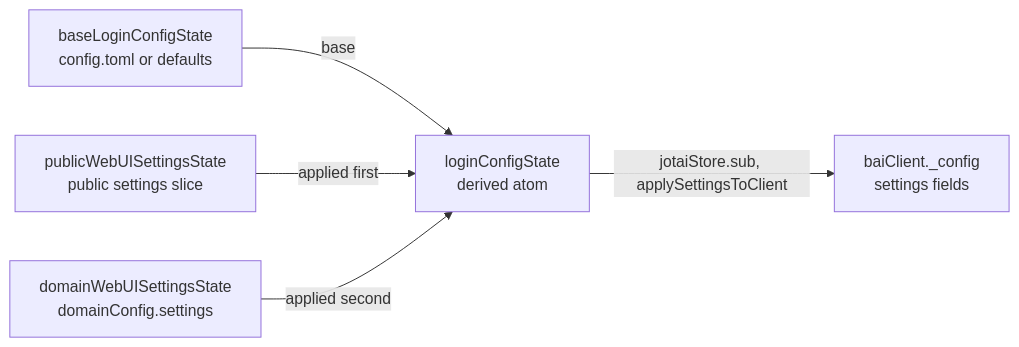
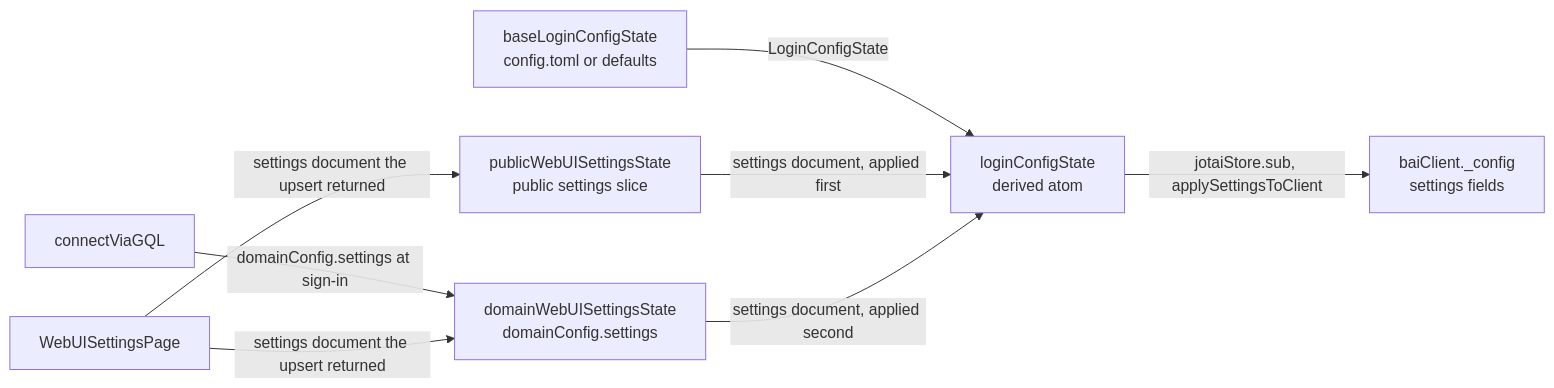
Before and after one commit to lablup/backend.ai-webui: the second of 2 diagrams in docs/adr/0033-scoped-and-merged-app-config-hooks.md, drawn with Mermaid. The commit also changed other lines of this file and 5 other files, not shown here.

````diff
--- a/docs/adr/0033-scoped-and-merged-app-config-hooks.md
+++ b/docs/adr/0033-scoped-and-merged-app-config-hooks.md
@@ -43,12 +47,17 @@
 ```mermaid
 flowchart LR
+  sign["connectViaGQL"]
+  page["WebUISettingsPage"]
   base["baseLoginConfigState<br/>config.toml or defaults"]
   pub["publicWebUISettingsState<br/>public settings slice"]
   dom["domainWebUISettingsState<br/>domainConfig.settings"]
   eff["loginConfigState<br/>derived atom"]
   client["baiClient._config<br/>settings fields"]
-  base -- "base" --> eff
-  pub -- "applied first" --> eff
-  dom -- "applied second" --> eff
+  sign -- "domainConfig.settings at sign-in" --> dom
+  page -- "settings document the upsert returned" --> pub
+  page -- "settings document the upsert returned" --> dom
+  base -- "LoginConfigState" --> eff
+  pub -- "settings document, applied first" --> eff
+  dom -- "settings document, applied second" --> eff
   eff -- "jotaiStore.sub, applySettingsToClient" --> client
 ```
````
